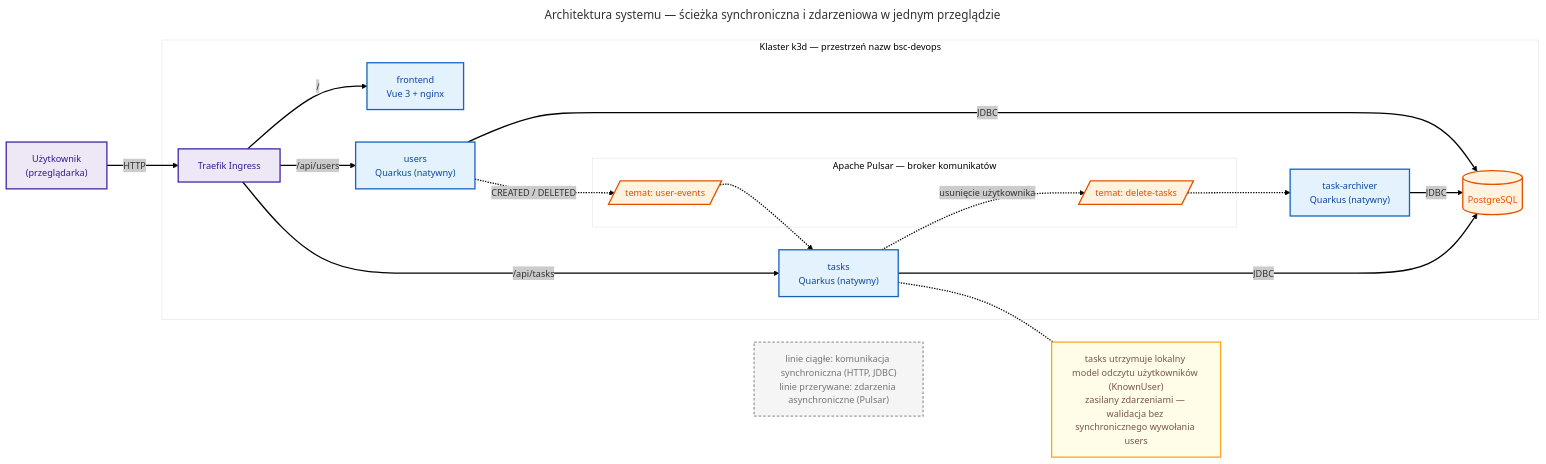
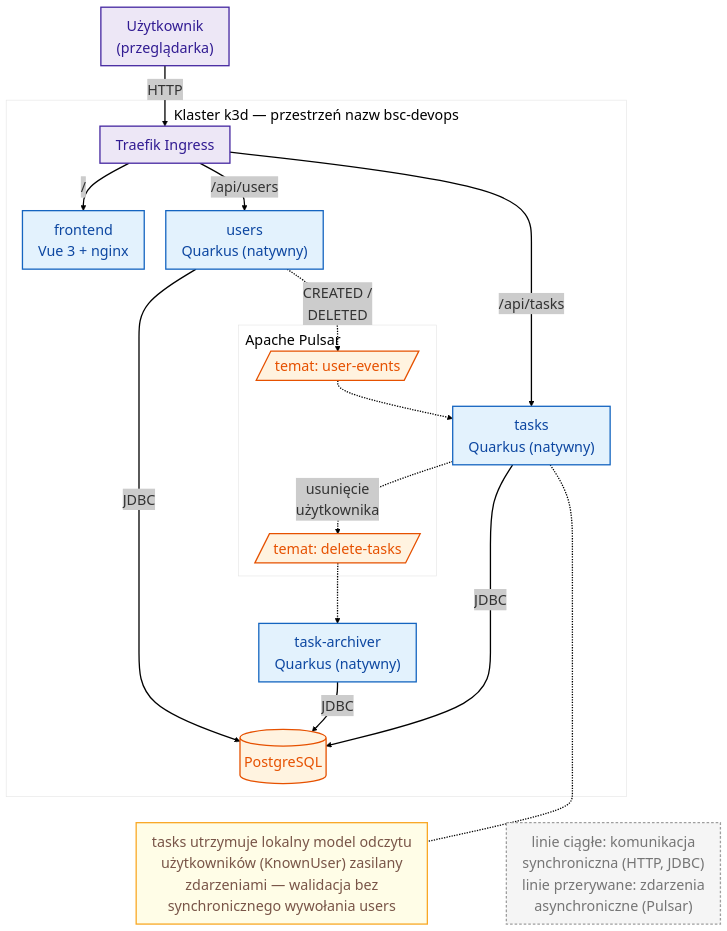
The diagram in docs/diagrams/02-architektura/architektura-01-system-overview.mmd (mwas-inz/bsc-devops), drawn with Mermaid before and after one commit. The commit also changed 51 other files, not shown here.

First line of the commit message:
docs(diagrams): rework Mermaid diagrams for print legibility

```diff
--- a/docs/diagrams/02-architektura/architektura-01-system-overview.mmd
+++ b/docs/diagrams/02-architektura/architektura-01-system-overview.mmd
@@ -1,54 +1,66 @@
 ---
-title: Architektura systemu — ścieżka synchroniczna i zdarzeniowa w jednym przeglądzie
 config:
   theme: neo
+  themeVariables:
+    fontSize: 22px
+  flowchart:
+    nodeSpacing: 30
+    rankSpacing: 40
+    padding: 12
+    subGraphTitleMargin:
+      top: 6
+      bottom: 14
+    diagramPadding: 8
+    wrappingWidth: 600
 ---
-flowchart LR
+%% Architektura systemu — ścieżka synchroniczna i zdarzeniowa w jednym przeglądzie
+flowchart TB
     user["Użytkownik<br/>(przeglądarka)"]
 
     subgraph cluster["Klaster k3d — przestrzeń nazw bsc-devops"]
         traefik["Traefik Ingress"]
         fe["frontend<br/>Vue 3 + nginx"]
         users["users<br/>Quarkus (natywny)"]
         tasks["tasks<br/>Quarkus (natywny)"]
         arch["task-archiver<br/>Quarkus (natywny)"]
         db[("PostgreSQL")]
 
-        subgraph pulsar["Apache Pulsar — broker komunikatów"]
+        subgraph pulsar["Apache Pulsar&nbsp;&nbsp;&nbsp;&nbsp;&nbsp;&nbsp;&nbsp;&nbsp;&nbsp;&nbsp;&nbsp;&nbsp;&nbsp;&nbsp;&nbsp;&nbsp;&nbsp;&nbsp;&nbsp;&nbsp;&nbsp;&nbsp;&nbsp;&nbsp;"]
             t1[/"temat: user-events"/]
             t2[/"temat: delete-tasks"/]
         end
     end
 
     user -->|HTTP| traefik
     traefik -->|"/"| fe
     traefik -->|"/api/users"| users
     traefik -->|"/api/tasks"| tasks
 
     users -->|JDBC| db
     tasks -->|JDBC| db
     arch -->|JDBC| db
 
-    users -.->|"CREATED / DELETED"| t1
+    users -.->|"CREATED /<br/>DELETED"| t1
     t1 -.-> tasks
-    tasks -.->|"usunięcie użytkownika"| t2
+    tasks -.->|"usunięcie<br/>użytkownika"| t2
     t2 -.-> arch
 
-    rm["tasks utrzymuje lokalny model odczytu użytkowników (KnownUser)<br/>zasilany zdarzeniami — walidacja bez synchronicznego wywołania users"]
-    leg["linie ciągłe: komunikacja synchroniczna (HTTP, JDBC)<br/>linie przerywane: zdarzenia asynchroniczne (Pulsar)"]
+    rm["tasks utrzymuje lokalny model odczytu<br/>użytkowników (KnownUser) zasilany<br/>zdarzeniami — walidacja bez<br/>synchronicznego wywołania users"]
+    leg["linie ciągłe: komunikacja<br/>synchroniczna (HTTP, JDBC)<br/>linie przerywane: zdarzenia<br/>asynchroniczne (Pulsar)"]
     tasks -.- rm
-    cluster ~~~ leg
+    db ~~~ rm
+    db ~~~ leg
 
     classDef svc fill:#e3f2fd,stroke:#1565c0,color:#0d47a1;
     classDef data fill:#fff3e0,stroke:#e65100,color:#e65100;
     classDef infra fill:#ede7f6,stroke:#4527a0,color:#311b92;
     classDef person fill:#ede7f6,stroke:#4527a0,color:#311b92;
     classDef note fill:#fffde7,stroke:#f9a825,color:#795548;
     classDef ghost fill:#f5f5f5,stroke:#9e9e9e,color:#757575,stroke-dasharray: 4 3;
 
     class fe,users,tasks,arch svc;
     class db,t1,t2 data;
     class traefik infra;
     class user person;
     class rm note;
     class leg ghost;
```
